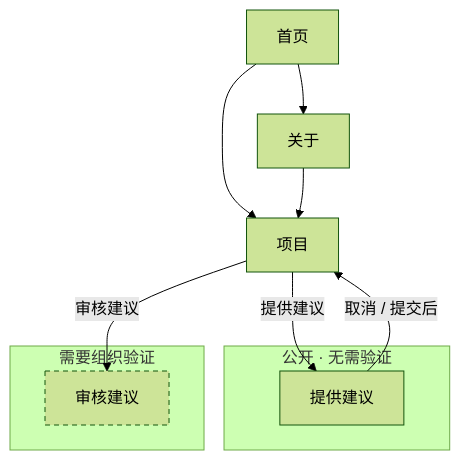
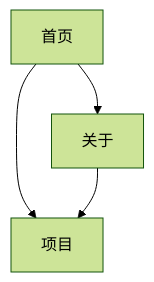
The diagram in 访客流程图.md (cangwu-protect-union/cangwu-protect-union.github.io), drawn with Mermaid (forest theme) before and after one commit. The commit also changed other lines of this file and 16 other files, not shown here.

````diff
--- a/访客流程图.md
+++ b/访客流程图.md
@@ -7,28 +7,13 @@
 ```mermaid
 flowchart TD
 
   H["首页"]
   A["关于"]
   P["项目"]
 
-  subgraph open["公开 · 无需验证"]
-    S["提供建议"]
-  end
-
-  subgraph locked["需要组织验证"]
-    R["审核建议"]
-  end
-
   %% 主站
   H --> A
   H --> P
   A --> P
 
-  %% 项目页的建议入口
-  P -->|提供建议| S
-  S -->|取消 / 提交后| P
-  P -->|审核建议| R
-
-  classDef lock stroke-dasharray: 5 4;
-  class R lock;
 ```
````
